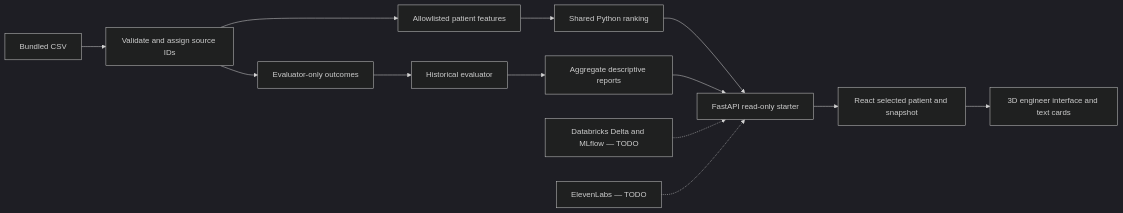
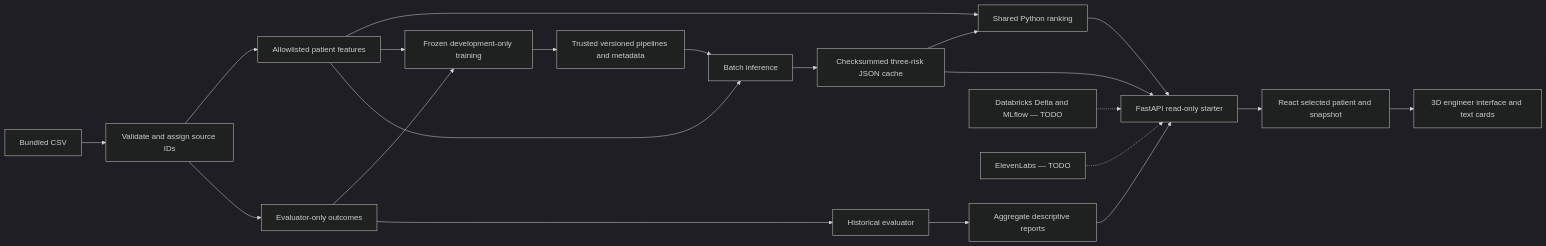
One commit to hewqn/H.A.K-Industry-Hackathon changed the diagram in docs/architecture.md. Above: the diagram before and after it, drawn with Mermaid (dark theme). The commit also changed other lines of this file and 37 other files, not shown here.

````diff
--- a/docs/architecture.md
+++ b/docs/architecture.md
@@ -3,15 +3,23 @@
 ```mermaid
 flowchart LR
   CSV[Bundled CSV] --> Ingest[Validate and assign source IDs]
   Ingest --> Features[Allowlisted patient features]
   Ingest --> Outcomes[Evaluator-only outcomes]
   Features --> Rank[Shared Python ranking]
+  Features --> Train[Frozen development-only training]
+  Outcomes --> Train
+  Train --> Artifacts[Trusted versioned pipelines and metadata]
+  Artifacts --> Inference[Batch inference]
+  Features --> Inference
+  Inference --> Cache[Checksummed three-risk JSON cache]
+  Cache --> Rank
+  Cache --> API
   Outcomes --> Benchmark[Historical evaluator]
   Benchmark --> Reports[Aggregate descriptive reports]
   Rank --> API[FastAPI read-only starter]
   Reports --> API
   API --> React[React selected patient and snapshot]
   React --> Viewer[3D engineer interface and text cards]
   Databricks[Databricks Delta and MLflow — TODO] -.-> API
   Voice[ElevenLabs — TODO] -.-> API
 ```
````
